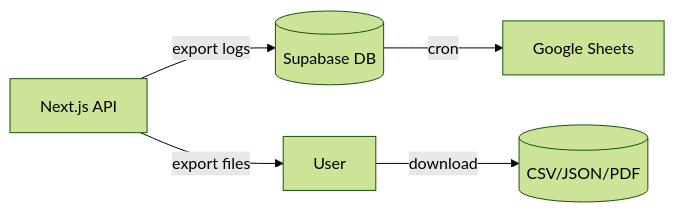
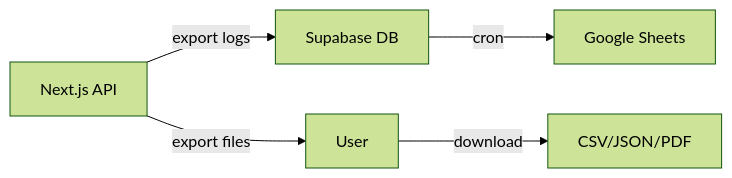
The third of 4 diagrams in README.md (frpboy/sahakar-accounts), drawn with Mermaid (forest theme) before and after one commit. The commit also changed other lines of this file, not shown here.

First line of the commit message:
docs: add quotes to mermaid diagram labels for consistency

````diff
--- a/README.md
+++ b/README.md
@@ -48,7 +48,7 @@
 ```mermaid
 flowchart LR
-    DB[(Supabase DB)] -- cron --> Sheets[Google Sheets]
-    API[Next.js API] -- export logs --> DB
+    DB["Supabase DB"] -- cron --> Sheets["Google Sheets"]
+    API["Next.js API"] -- export logs --> DB
     API -- export files --> User
-    User -- download --> ExportFile[(CSV/JSON/PDF)]
+    User -- download --> ExportFile["CSV/JSON/PDF"]
 ```
````
